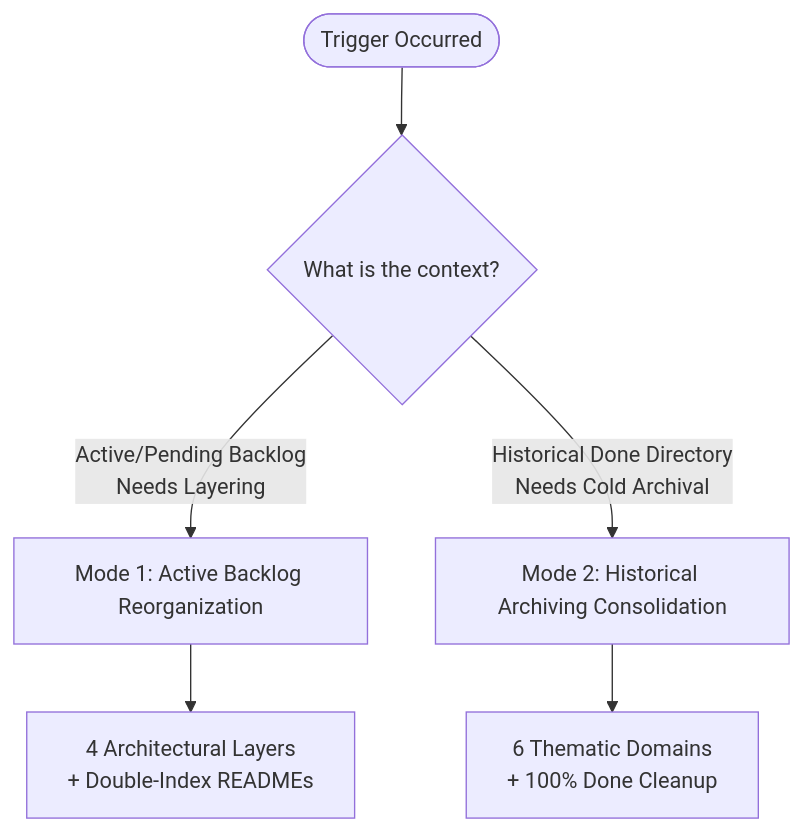
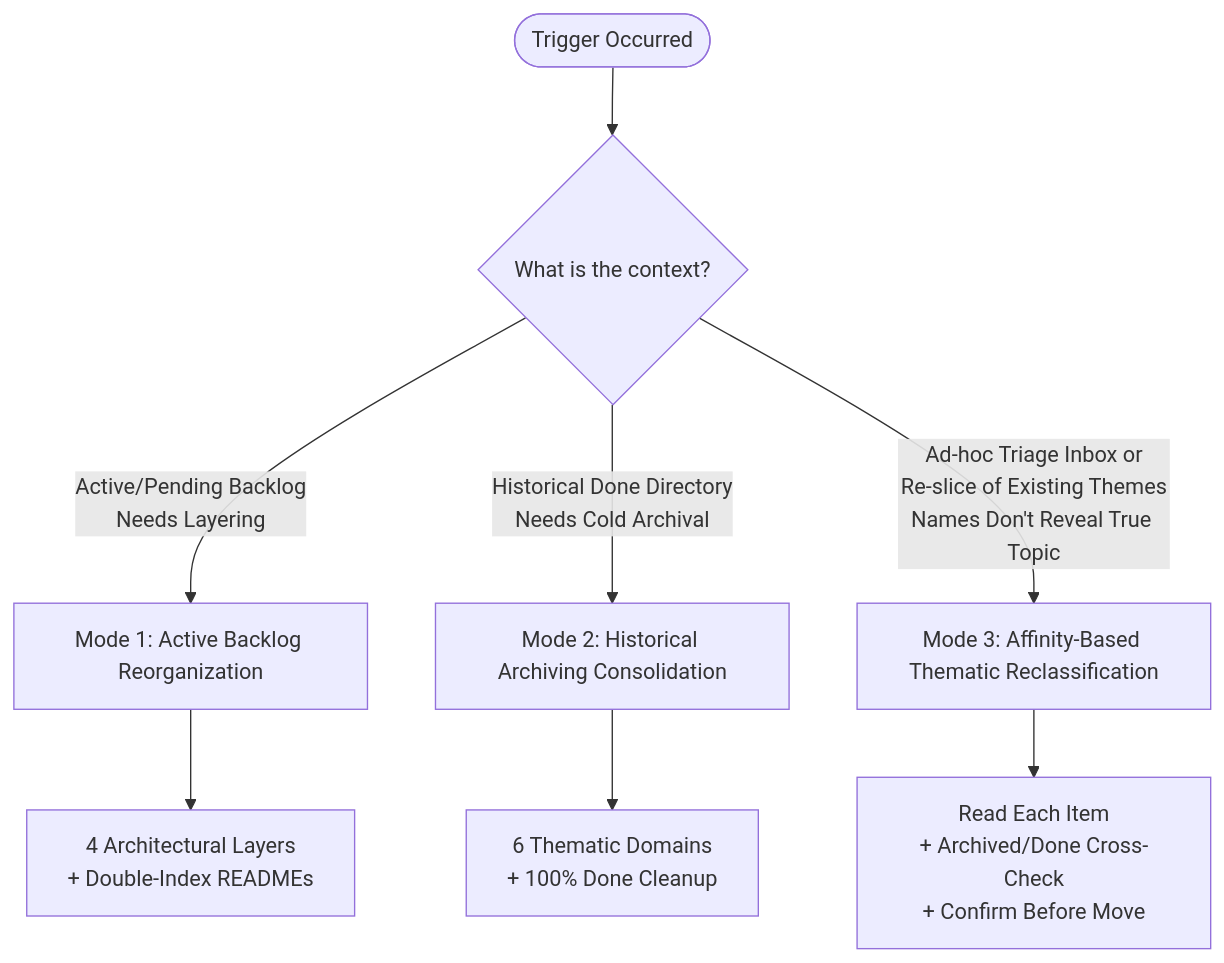
The diagram in docs/runbooks/demands-and-docs-reorganization.md (SergioLacerda/strategist-skill), drawn with Mermaid before and after one commit. The commit also changed other lines of this file and 12 other files, not shown here.

````diff
--- a/docs/runbooks/demands-and-docs-reorganization.md
+++ b/docs/runbooks/demands-and-docs-reorganization.md
@@ -37,9 +44,11 @@
 ```mermaid
 flowchart TD
     Trigger([Trigger Occurred]) --> CheckType{What is the context?}
     CheckType -->|Active/Pending Backlog\nNeeds Layering| Mode1[Mode 1: Active Backlog Reorganization]
     CheckType -->|Historical Done Directory\nNeeds Cold Archival| Mode2[Mode 2: Historical Archiving Consolidation]
-    
+    CheckType -->|Ad-hoc Triage Inbox or\nRe-slice of Existing Themes\nNames Don't Reveal True Topic| Mode3[Mode 3: Affinity-Based Thematic Reclassification]
+
     Mode1 --> LayerTaxonomy[4 Architectural Layers\n+ Double-Index READMEs]
     Mode2 --> DomainTaxonomy[6 Thematic Domains\n+ 100% Done Cleanup]
+    Mode3 --> ContentRead[Read Each Item\n+ Archived/Done Cross-Check\n+ Confirm Before Move]
 ```
````
